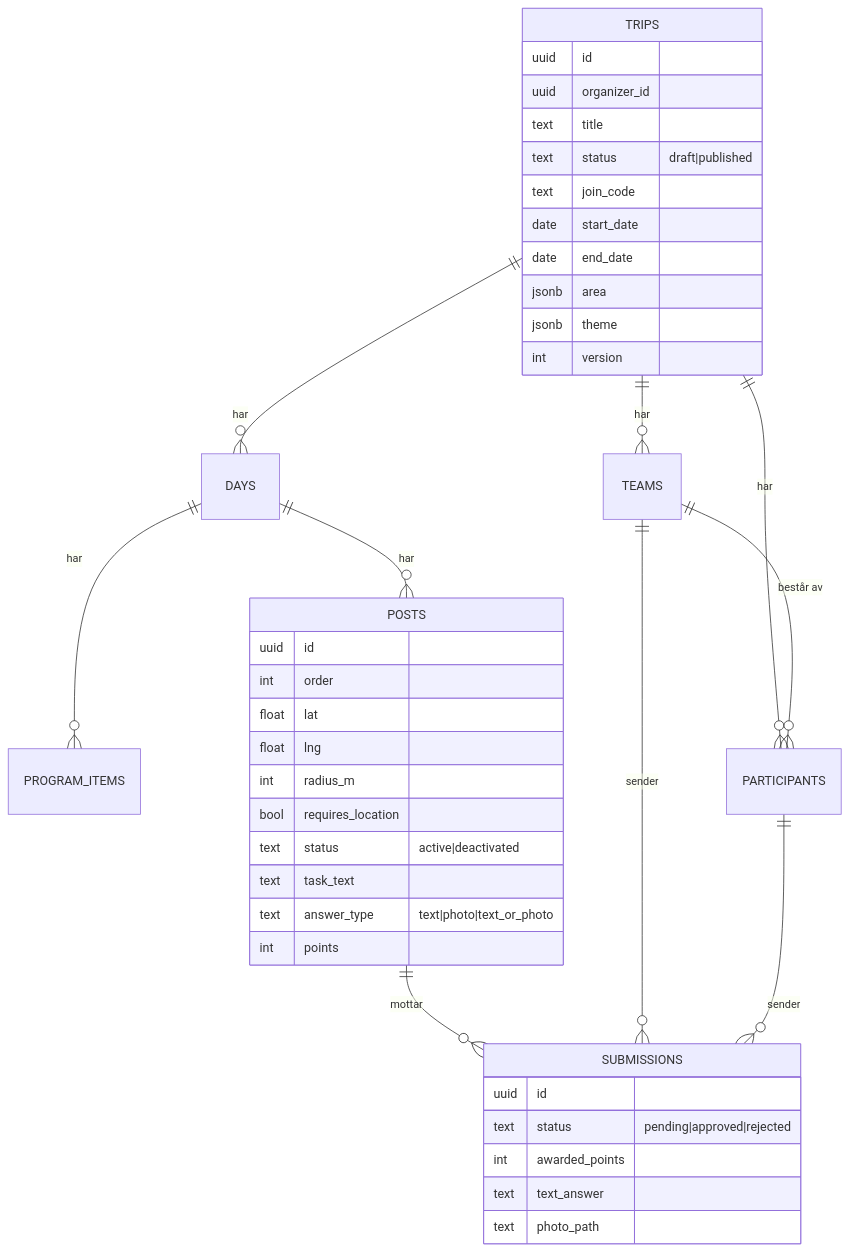
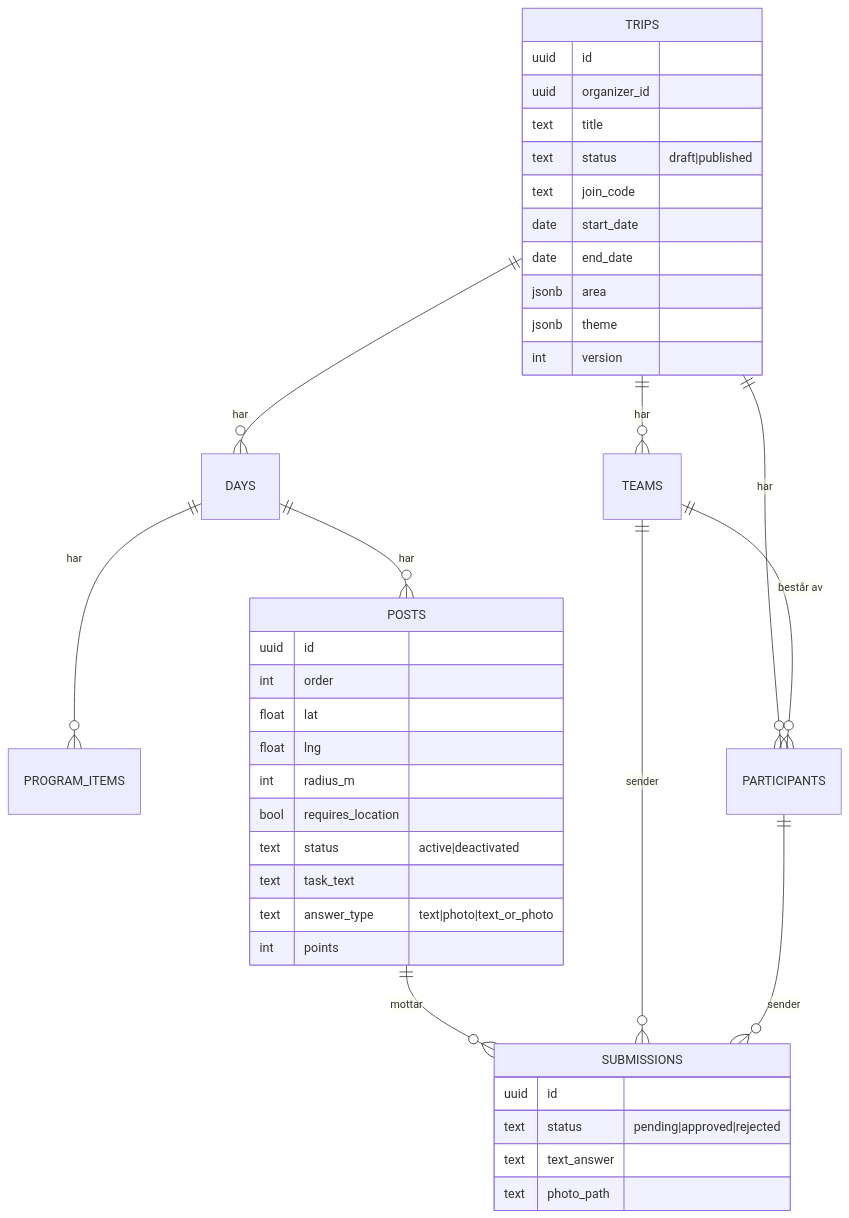
One commit to IBE160-2026/G128-johansen-rena changed the second of 3 diagrams in planning-artifacts/architecture/architecture-G128-johansen-rena-2026-10-28/ARCHITECTURE-SPINE.md. Above: the diagram before and after it, drawn with Mermaid. The commit also changed other lines of this file and 13 other files, not shown here.

````diff
--- a/planning-artifacts/architecture/architecture-G128-johansen-rena-2026-10-28/ARCHITECTURE-SPINE.md
+++ b/planning-artifacts/architecture/architecture-G128-johansen-rena-2026-10-28/ARCHITECTURE-SPINE.md
@@ -185,43 +185,42 @@
 ```mermaid
 erDiagram
   TRIPS ||--o{ DAYS : har
   DAYS ||--o{ PROGRAM_ITEMS : har
   DAYS ||--o{ POSTS : har
   TRIPS ||--o{ TEAMS : har
   TRIPS ||--o{ PARTICIPANTS : har
   TEAMS ||--o{ PARTICIPANTS : "består av"
   POSTS ||--o{ SUBMISSIONS : mottar
   TEAMS ||--o{ SUBMISSIONS : sender
   PARTICIPANTS ||--o{ SUBMISSIONS : sender
   TRIPS {
     uuid id
     uuid organizer_id
     text title
     text status "draft|published"
     text join_code
     date start_date
     date end_date
     jsonb area
     jsonb theme
     int version
   }
   POSTS {
     uuid id
     int order
     float lat
     float lng
     int radius_m
     bool requires_location
     text status "active|deactivated"
     text task_text
     text answer_type "text|photo|text_or_photo"
     int points
   }
   SUBMISSIONS {
     uuid id
     text status "pending|approved|rejected"
-    int awarded_points
     text text_answer
     text photo_path
   }
 ```
````
